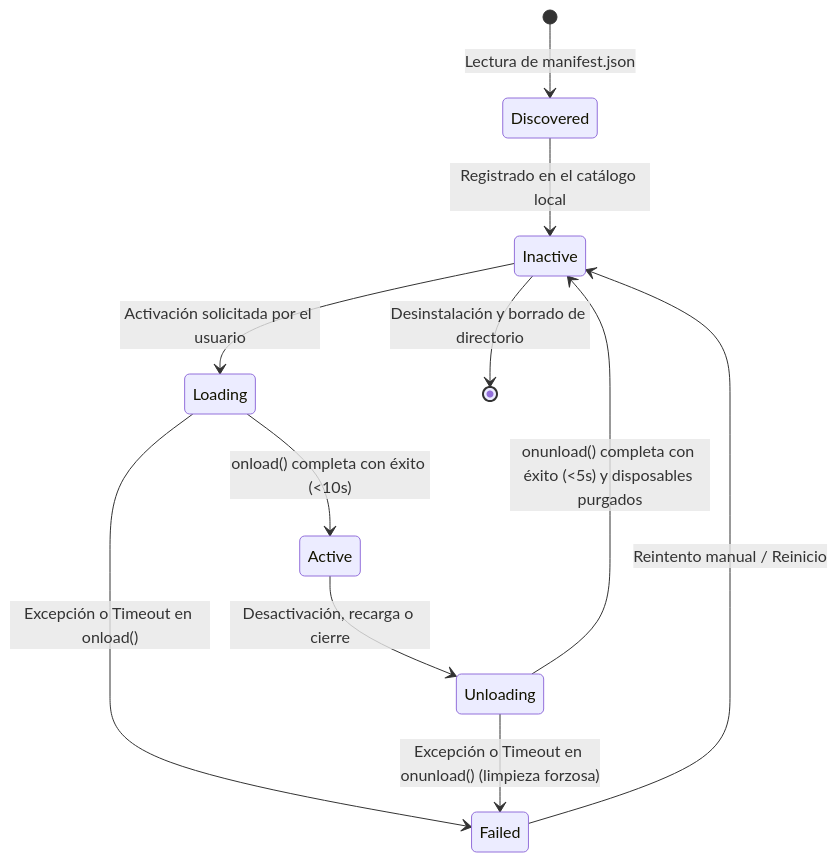
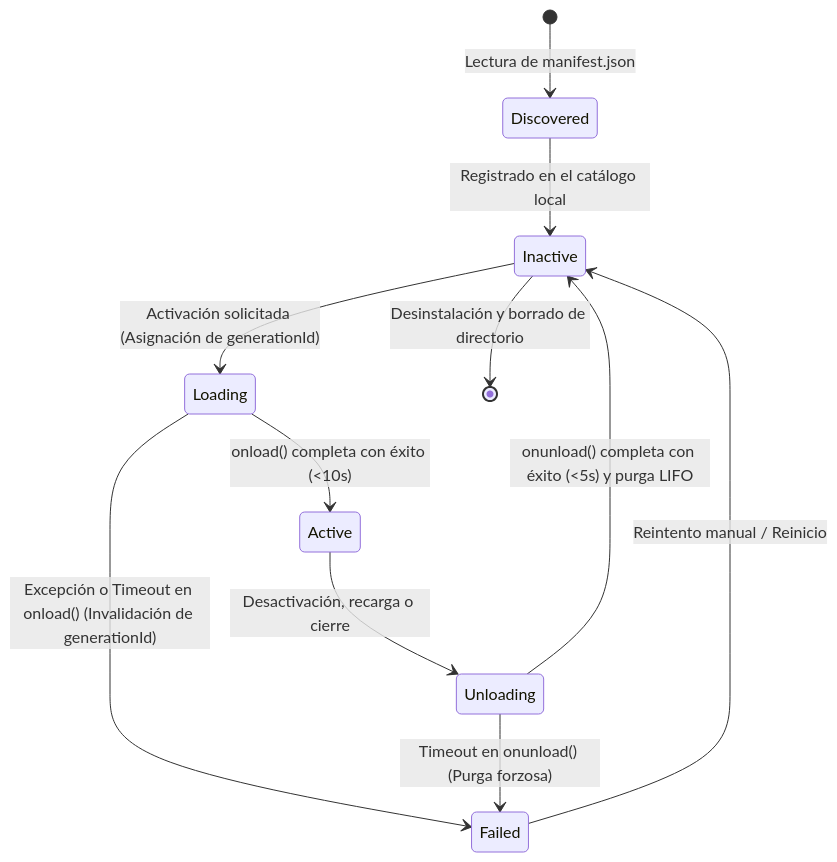
The first of 2 diagrams in docs/plugin-api/lifecycle.md (daidarzzz/indexlydesktop), drawn with Mermaid before and after one commit. The commit also changed other lines of this file and 7 other files, not shown here.

````diff
--- a/docs/plugin-api/lifecycle.md
+++ b/docs/plugin-api/lifecycle.md
@@ -9,13 +9,13 @@
 ```mermaid
 stateDiagram-v2
     [*] --> Discovered: Lectura de manifest.json
     Discovered --> Inactive: Registrado en el catálogo local
-    Inactive --> Loading: Activación solicitada por el usuario
+    Inactive --> Loading: Activación solicitada (Asignación de generationId)
     Loading --> Active: onload() completa con éxito (<10s)
-    Loading --> Failed: Excepción o Timeout en onload()
+    Loading --> Failed: Excepción o Timeout en onload() (Invalidación de generationId)
     Active --> Unloading: Desactivación, recarga o cierre
-    Unloading --> Inactive: onunload() completa con éxito (<5s) y disposables purgados
-    Unloading --> Failed: Excepción o Timeout en onunload() (limpieza forzosa)
+    Unloading --> Inactive: onunload() completa con éxito (<5s) y purga LIFO
+    Unloading --> Failed: Timeout en onunload() (Purga forzosa)
     Failed --> Inactive: Reintento manual / Reinicio
     Inactive --> [*]: Desinstalación y borrado de directorio
 ```
````
